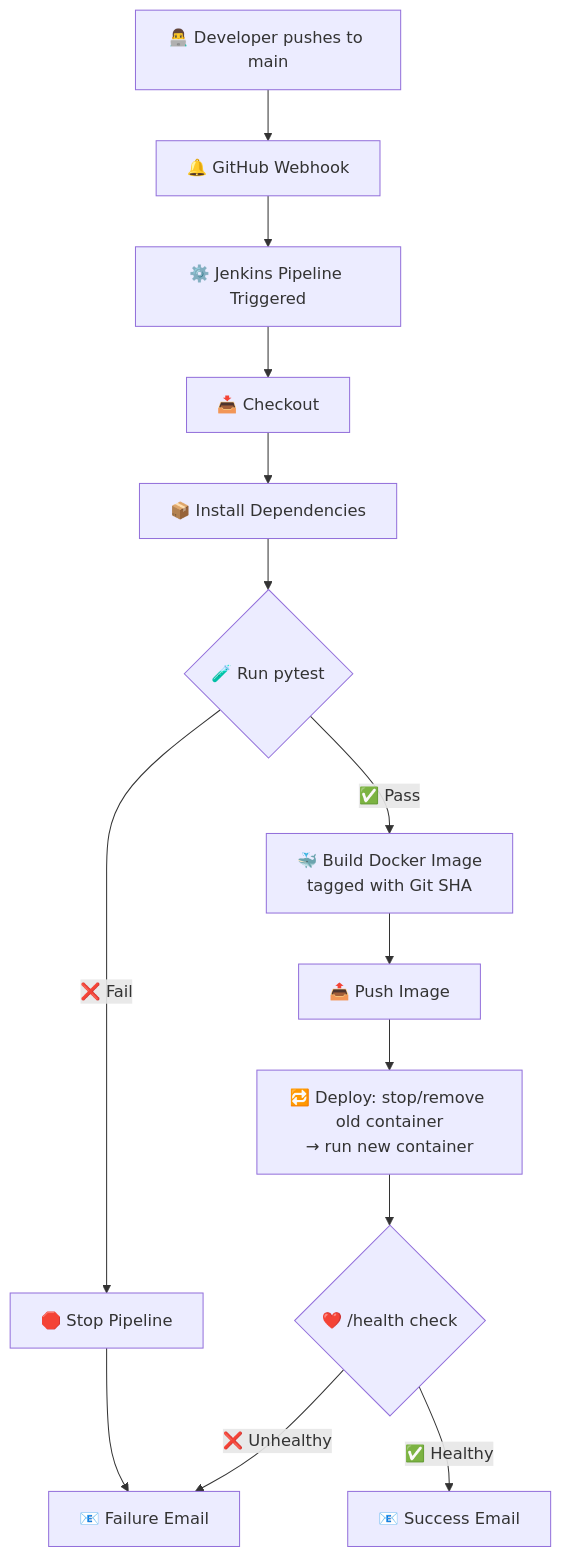
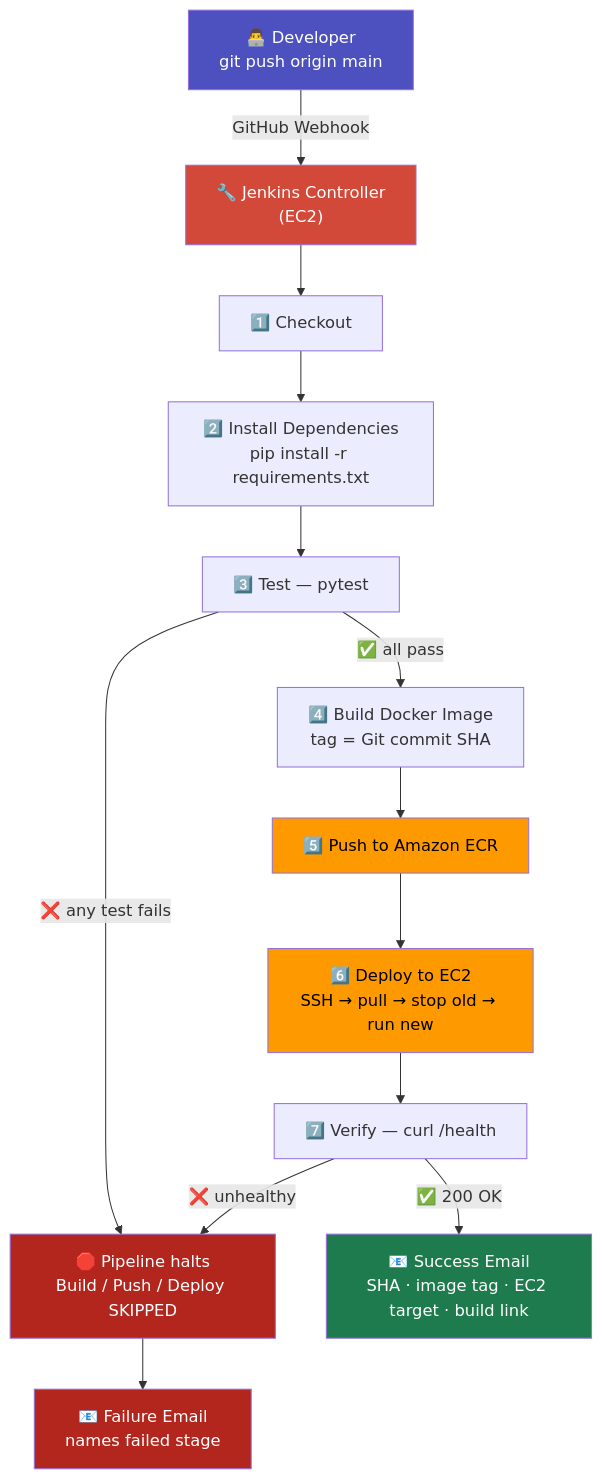
Before and after one commit to dhanacodes24/flask_Practice: the first of 2 diagrams in README.md, drawn with Mermaid. The commit also changed other lines of this file, not shown here.

````diff
--- a/README.md
+++ b/README.md
@@ -48,16 +38,23 @@
 ```mermaid
 flowchart TD
-    A[👨‍💻 Developer pushes to main] --> B[🔔 GitHub Webhook]
-    B --> C[⚙️ Jenkins Pipeline Triggered]
-    C --> D[📥 Checkout]
-    D --> E[📦 Install Dependencies]
-    E --> F{🧪 Run pytest}
-    F -- ❌ Fail --> G[🛑 Stop Pipeline]
-    G --> H1[📧 Failure Email]
-    F -- ✅ Pass --> I[🐳 Build Docker Image<br/>tagged with Git SHA]
-    I --> J[📤 Push Image]
-    J --> K[🔁 Deploy: stop/remove old container<br/>→ run new container]
-    K --> L{❤️ /health check}
-    L -- ❌ Unhealthy --> H1
-    L -- ✅ Healthy --> H2[📧 Success Email]
+    A["👨‍💻 Developer<br/>git push origin main"] -->|GitHub Webhook| B["🔧 Jenkins Controller<br/>(EC2)"]
+    B --> C["1️⃣ Checkout"]
+    C --> D["2️⃣ Install Dependencies<br/>pip install -r requirements.txt"]
+    D --> E["3️⃣ Test — pytest"]
+    E -->|❌ any test fails| STOP["🛑 Pipeline halts<br/>Build / Push / Deploy SKIPPED"]
+    STOP --> MAILF["📧 Failure Email<br/>names failed stage"]
+    E -->|✅ all pass| F["4️⃣ Build Docker Image<br/>tag = Git commit SHA"]
+    F --> G["5️⃣ Push to Amazon ECR"]
+    G --> H["6️⃣ Deploy to EC2<br/>SSH → pull → stop old → run new"]
+    H --> I["7️⃣ Verify — curl /health"]
+    I -->|❌ unhealthy| STOP
+    I -->|✅ 200 OK| MAILS["📧 Success Email<br/>SHA · image tag · EC2 target · build link"]
+
+    style A fill:#4C51BF,color:#fff
+    style B fill:#D24939,color:#fff
+    style STOP fill:#B3261E,color:#fff
+    style MAILF fill:#B3261E,color:#fff
+    style MAILS fill:#1E7B4D,color:#fff
+    style G fill:#FF9900,color:#000
+    style H fill:#FF9900,color:#000
 ```
````
